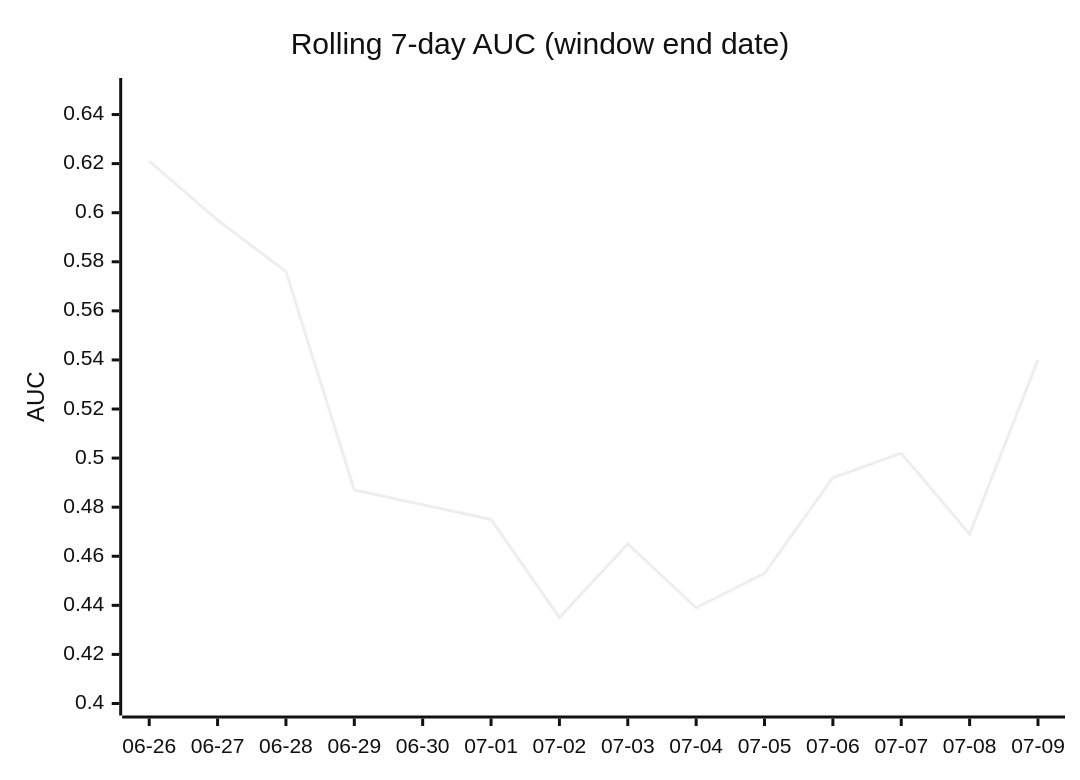
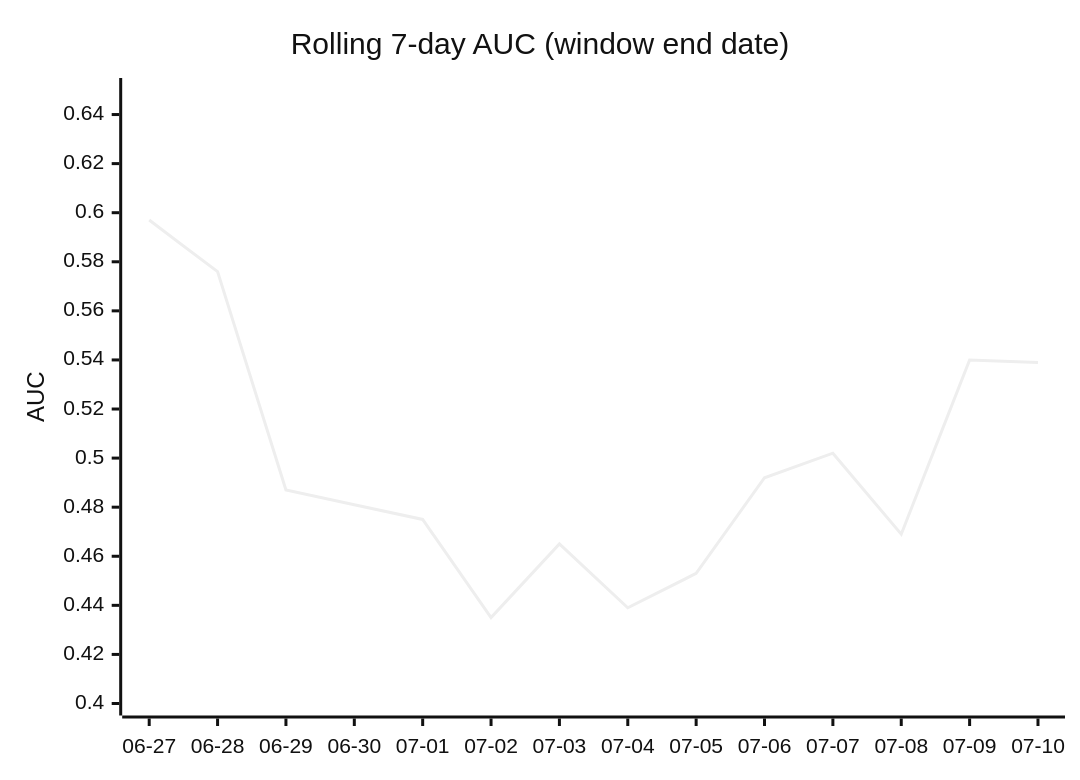
Before and after one commit to dpk1212/nhl-savant: the fourth of 5 diagrams in DAILY_AGSU_REPORT.md, drawn with Mermaid (neutral theme). The commit also changed other lines of this file, not shown here.

````diff
--- a/DAILY_AGSU_REPORT.md
+++ b/DAILY_AGSU_REPORT.md
@@ -543,7 +540,7 @@
 ```mermaid
 xychart-beta
     title "Rolling 7-day AUC (window end date)"
-    x-axis ["06-26", "06-27", "06-28", "06-29", "06-30", "07-01", "07-02", "07-03", "07-04", "07-05", "07-06", "07-07", "07-08", "07-09"]
+    x-axis ["06-27", "06-28", "06-29", "06-30", "07-01", "07-02", "07-03", "07-04", "07-05", "07-06", "07-07", "07-08", "07-09", "07-10"]
     y-axis "AUC" 0.4 --> 0.65
-    line [0.621, 0.597, 0.576, 0.487, 0.481, 0.475, 0.435, 0.465, 0.439, 0.453, 0.492, 0.502, 0.469, 0.54]
+    line [0.597, 0.576, 0.487, 0.481, 0.475, 0.435, 0.465, 0.439, 0.453, 0.492, 0.502, 0.469, 0.54, 0.539]
 ```
````
